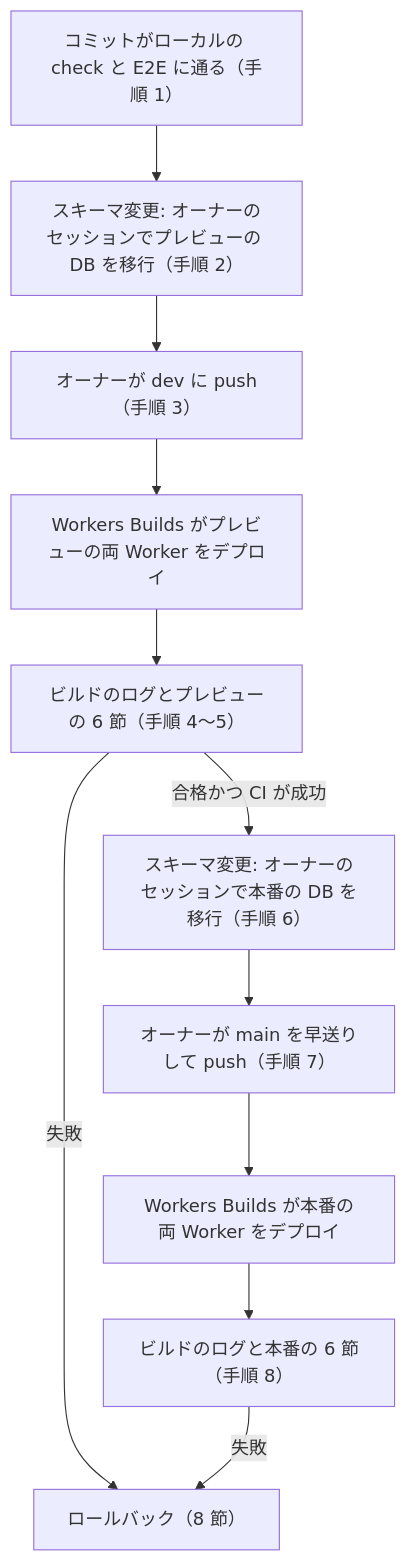
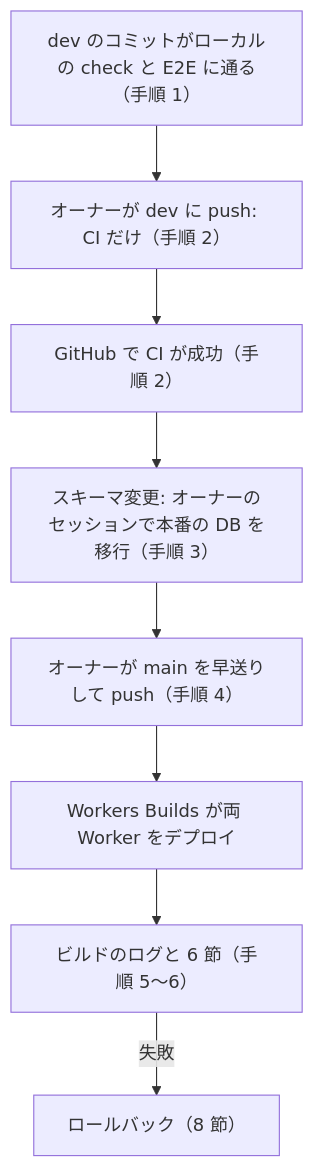
The diagram in docs/ja/DEPLOYMENT.md (musica-sanare/travel-discovery-app), drawn with Mermaid before and after one commit. The commit also changed other lines of this file and 10 other files, not shown here.

````diff
--- a/docs/ja/DEPLOYMENT.md
+++ b/docs/ja/DEPLOYMENT.md
@@ -236,13 +268,10 @@
 ```mermaid
 flowchart TD
-  local["コミットがローカルの check と E2E に通る（手順 1）"] --> mig["スキーマ変更: オーナーのセッションでプレビューの DB を移行（手順 2）"]
-  mig --> dev["オーナーが dev に push（手順 3）"]
-  dev --> pbuild["Workers Builds がプレビューの両 Worker をデプロイ"]
-  pbuild --> pcheck["ビルドのログとプレビューの 6 節（手順 4〜5）"]
-  pcheck -->|"失敗"| rollback["ロールバック（8 節）"]
-  pcheck -->|"合格かつ CI が成功"| pmig["スキーマ変更: オーナーのセッションで本番の DB を移行（手順 6）"]
-  pmig --> main["オーナーが main を早送りして push（手順 7）"]
-  main --> mbuild["Workers Builds が本番の両 Worker をデプロイ"]
-  mbuild --> mcheck["ビルドのログと本番の 6 節（手順 8）"]
-  mcheck -->|"失敗"| rollback
+  local["dev のコミットがローカルの check と E2E に通る（手順 1）"] --> dev["オーナーが dev に push: CI だけ（手順 2）"]
+  dev --> ci["GitHub で CI が成功（手順 2）"]
+  ci --> mig["スキーマ変更: オーナーのセッションで本番の DB を移行（手順 3）"]
+  mig --> main["オーナーが main を早送りして push（手順 4）"]
+  main --> build["Workers Builds が両 Worker をデプロイ"]
+  build --> check["ビルドのログと 6 節（手順 5〜6）"]
+  check -->|"失敗"| rollback["ロールバック（8 節）"]
 ```
````
